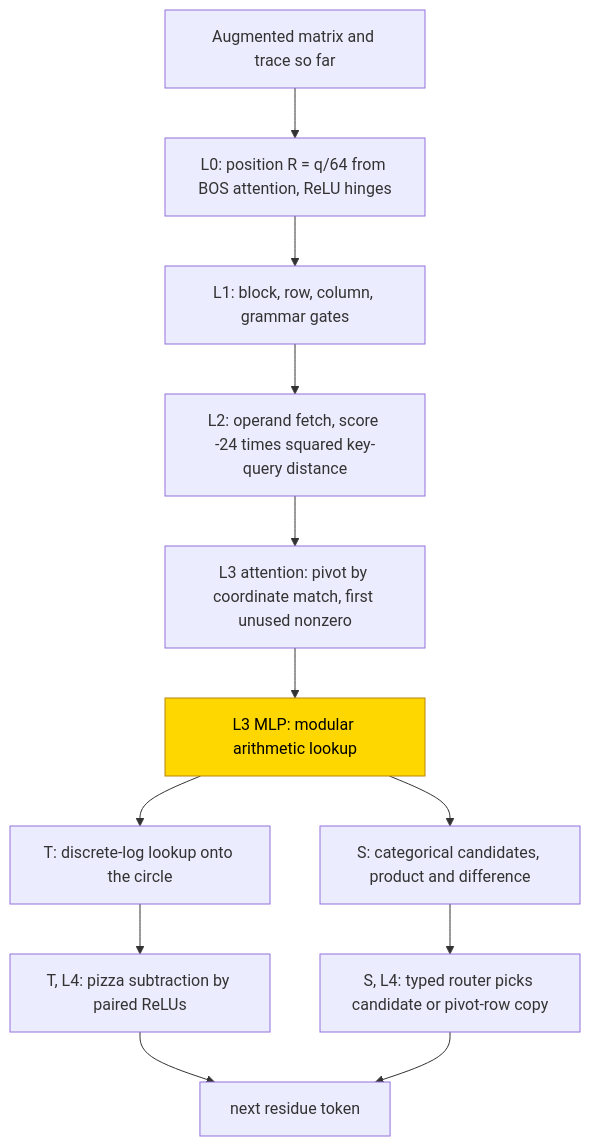
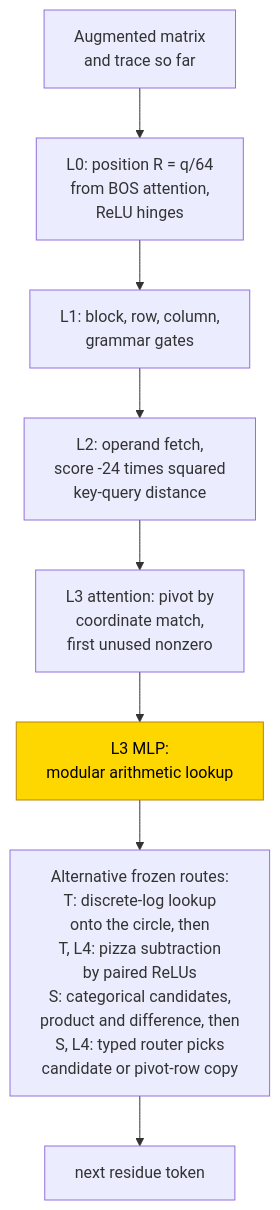
The first of 2 diagrams in entries/linear-systems-finite-fields.md (jc1122/mechanistic-interpretability-circuit-atlas), drawn with Mermaid before and after one commit. The commit also changed other lines of this file and 40 other files, not shown here.

First line of the commit message:
Cold-reader pass on all 41 entries: reading routes, first-screen scopes, accessible diagrams, verified headline sources (ux_reader1/2)

````diff
--- a/entries/linear-systems-finite-fields.md
+++ b/entries/linear-systems-finite-fields.md
@@ -103,16 +107,14 @@
 ```mermaid
 flowchart TD
-    P["Augmented matrix and trace so far"] --> L0["L0: position R = q/64 from BOS attention, ReLU hinges"]
-    L0 --> L1["L1: block, row, column, grammar gates"]
-    L1 --> L2["L2: operand fetch, score -24 times squared key-query distance"]
-    L2 --> L3A["L3 attention: pivot by coordinate match, first unused nonzero"]
-    L3A --> M3["L3 MLP: modular arithmetic lookup"]
-    M3 --> T3["T: discrete-log lookup onto the circle"]
-    M3 --> S3["S: categorical candidates, product and difference"]
-    T3 --> T4["T, L4: pizza subtraction by paired ReLUs"]
-    S3 --> S4["S, L4: typed router picks candidate or pivot-row copy"]
-    T4 --> Y["next residue token"]
-    S4 --> Y
+    accTitle: Hand-built finite-field elimination routes
+    accDescr: Positions, operands and pivot selection feed the modular arithmetic stage, followed by circle subtraction or a typed router. Only the modular arithmetic MLP is trained in PART.
+    P["Augmented matrix<br/>and trace so far"] --> L0["L0: position R = q/64<br/>from BOS attention,<br/>ReLU hinges"]
+    L0 --> L1["L1: block, row, column,<br/>grammar gates"]
+    L1 --> L2["L2: operand fetch,<br/>score -24 times squared<br/>key-query distance"]
+    L2 --> L3A["L3 attention: pivot by<br/>coordinate match,<br/>first unused nonzero"]
+    L3A --> M3["L3 MLP:<br/>modular arithmetic lookup"]
+    M3 --> ROUTES["Alternative frozen routes:<br/>T: discrete-log lookup<br/>onto the circle, then<br/>T, L4: pizza subtraction<br/>by paired ReLUs<br/>S: categorical candidates,<br/>product and difference, then<br/>S, L4: typed router picks<br/>candidate or pivot-row copy"]
+    ROUTES --> Y["next residue token"]
     classDef trained fill:gold,stroke:darkgoldenrod,color:black
     class M3 trained
 ```
````
